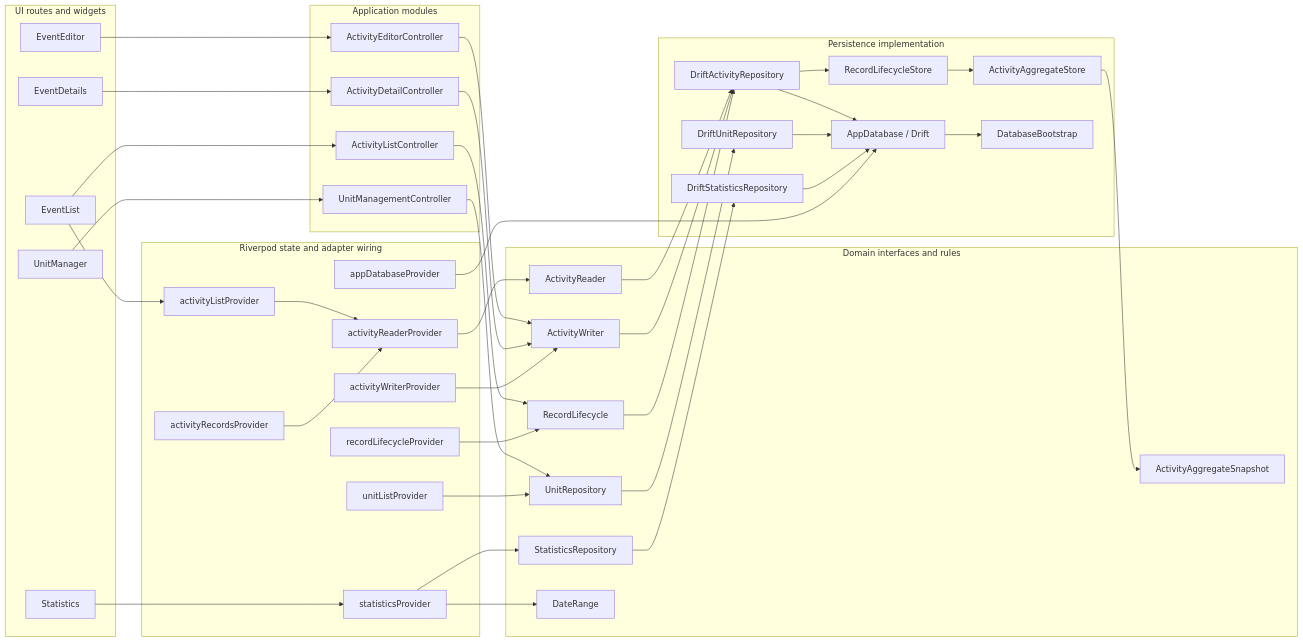
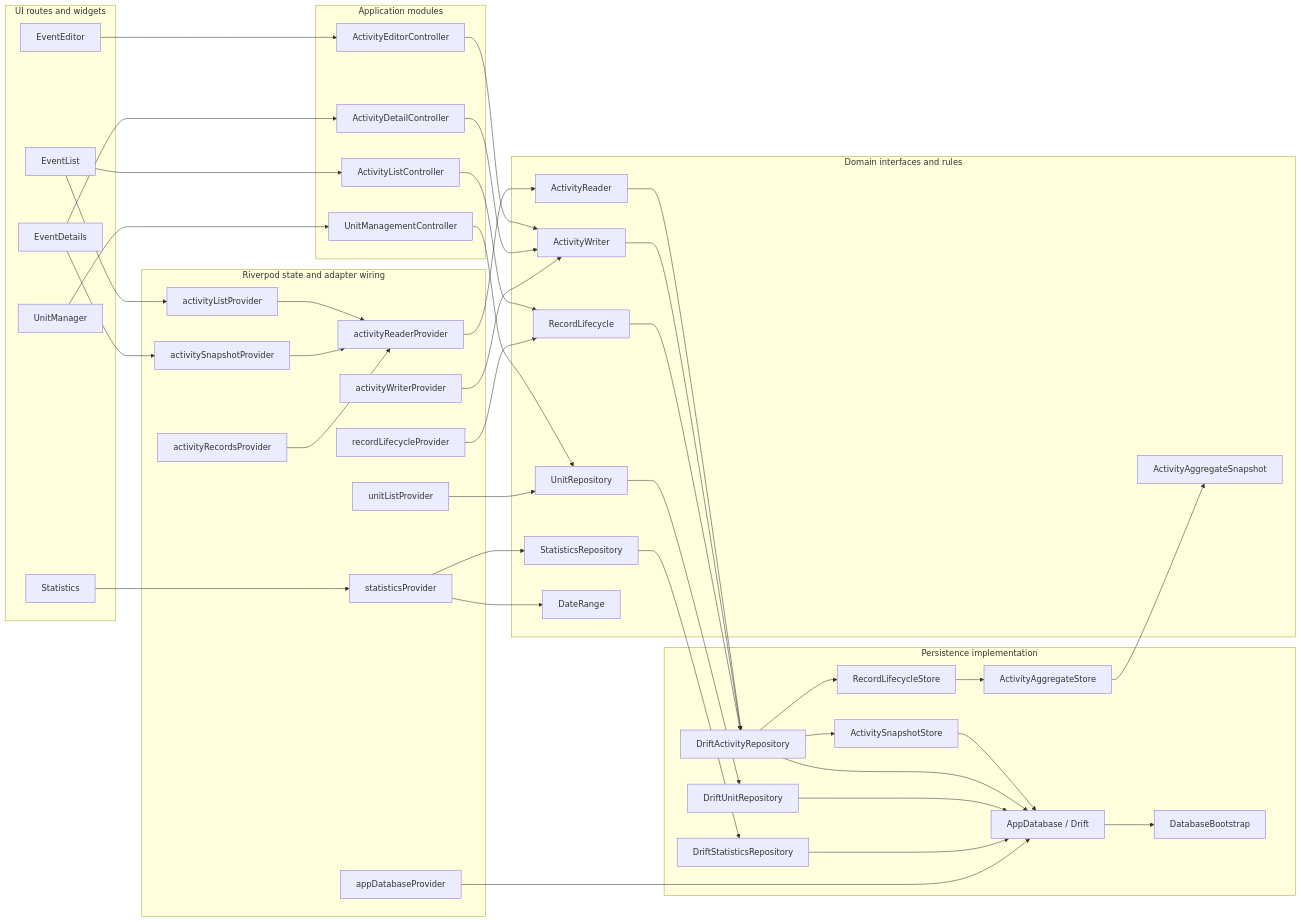
The first of 5 diagrams in docs/architecture/module-flow.md (Guoyuer/eventTracker), drawn with Mermaid before and after one commit. The commit also changed other lines of this file and 24 other files, not shown here.

```diff
--- a/docs/architecture/module-flow.md
+++ b/docs/architecture/module-flow.md
@@ -33,6 +33,7 @@
 
   subgraph State["Riverpod state and adapter wiring"]
     ActivityListProvider["activityListProvider"]
+    ActivitySnapshotProvider["activitySnapshotProvider"]
     ActivityRecordsProvider["activityRecordsProvider"]
     ActivityReaderProvider["activityReaderProvider"]
     ActivityWriterProvider["activityWriterProvider"]
@@ -44,6 +45,7 @@
 
   subgraph Persistence["Persistence implementation"]
     DriftActivityRepository["DriftActivityRepository"]
+    ActivitySnapshotStore["ActivitySnapshotStore"]
     DriftUnitRepository["DriftUnitRepository"]
     DriftStatisticsRepository["DriftStatisticsRepository"]
     RecordLifecycleStore["RecordLifecycleStore"]
@@ -56,6 +58,7 @@
   EventList --> ActivityListController
   EventEditor --> ActivityEditorController
   EventDetails --> ActivityDetailController
+  EventDetails --> ActivitySnapshotProvider
   UnitManager --> UnitManagementController
   Statistics --> StatisticsProvider
 
@@ -65,6 +68,7 @@
   UnitManagementController --> UnitRepository
 
   ActivityListProvider --> ActivityReaderProvider
+  ActivitySnapshotProvider --> ActivityReaderProvider
   ActivityRecordsProvider --> ActivityReaderProvider
   ActivityReaderProvider --> ActivityReader
   ActivityWriterProvider --> ActivityWriter
@@ -79,8 +83,10 @@
   UnitRepository --> DriftUnitRepository
   StatisticsRepository --> DriftStatisticsRepository
   DriftActivityRepository --> RecordLifecycleStore
+  DriftActivityRepository --> ActivitySnapshotStore
   RecordLifecycleStore --> AggregateStore
   AggregateStore --> AggregateRules
+  ActivitySnapshotStore --> AppDatabase
   DriftActivityRepository --> AppDatabase
   DriftUnitRepository --> AppDatabase
   DriftStatisticsRepository --> AppDatabase
```
